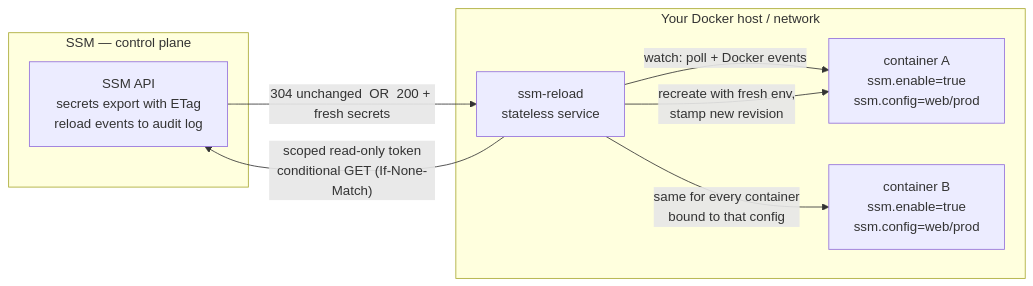
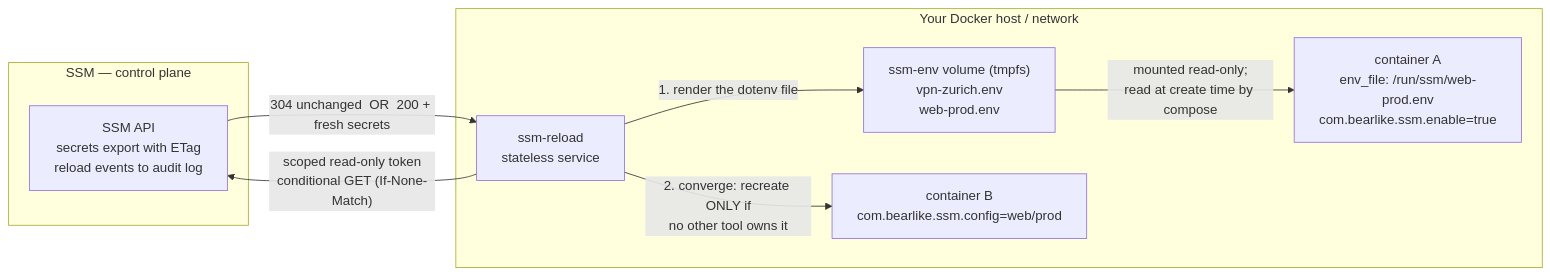
Before and after one commit to bearlike/Simple-Secrets-Manager: the first of 3 diagrams in docs/SECRETS_RELOADER.md, drawn with Mermaid. The commit also changed other lines of this file and 174 other files, not shown here.

````diff
--- a/docs/SECRETS_RELOADER.md
+++ b/docs/SECRETS_RELOADER.md
@@ -38,18 +56,19 @@
 ```mermaid
 flowchart LR
     subgraph cp["SSM — control plane"]
         api["SSM API<br/>secrets export with ETag<br/>reload events to audit log"]
     end
 
     subgraph host["Your Docker host / network"]
         reloader["ssm-reload<br/>stateless service"]
-        appA["container A<br/>ssm.enable=true<br/>ssm.config=web/prod"]
-        appB["container B<br/>ssm.enable=true<br/>ssm.config=web/prod"]
+        vol["ssm-env volume (tmpfs)<br/>vpn-zurich.env<br/>web-prod.env"]
+        appA["container A<br/>env_file: /run/ssm/web-prod.env<br/>com.bearlike.ssm.enable=true"]
+        appB["container B<br/>com.bearlike.ssm.config=web/prod"]
     end
 
     reloader -- "scoped read-only token<br/>conditional GET (If-None-Match)" --> api
     api -- "304 unchanged  OR  200 + fresh secrets" --> reloader
-    reloader -- "watch: poll + Docker events" --> appA
-    reloader -- "recreate with fresh env,<br/>stamp new revision" --> appA
-    reloader -- "same for every container<br/>bound to that config" --> appB
+    reloader -- "1. render the dotenv file" --> vol
+    vol -- "mounted read-only;<br/>read at create time by compose" --> appA
+    reloader -- "2. converge: recreate ONLY if<br/>no other tool owns it" --> appB
 ```
````
